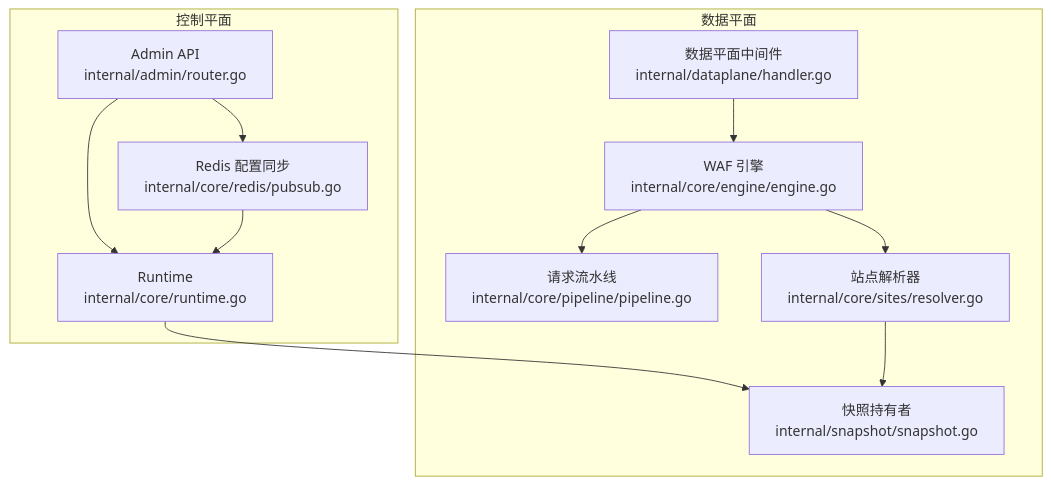
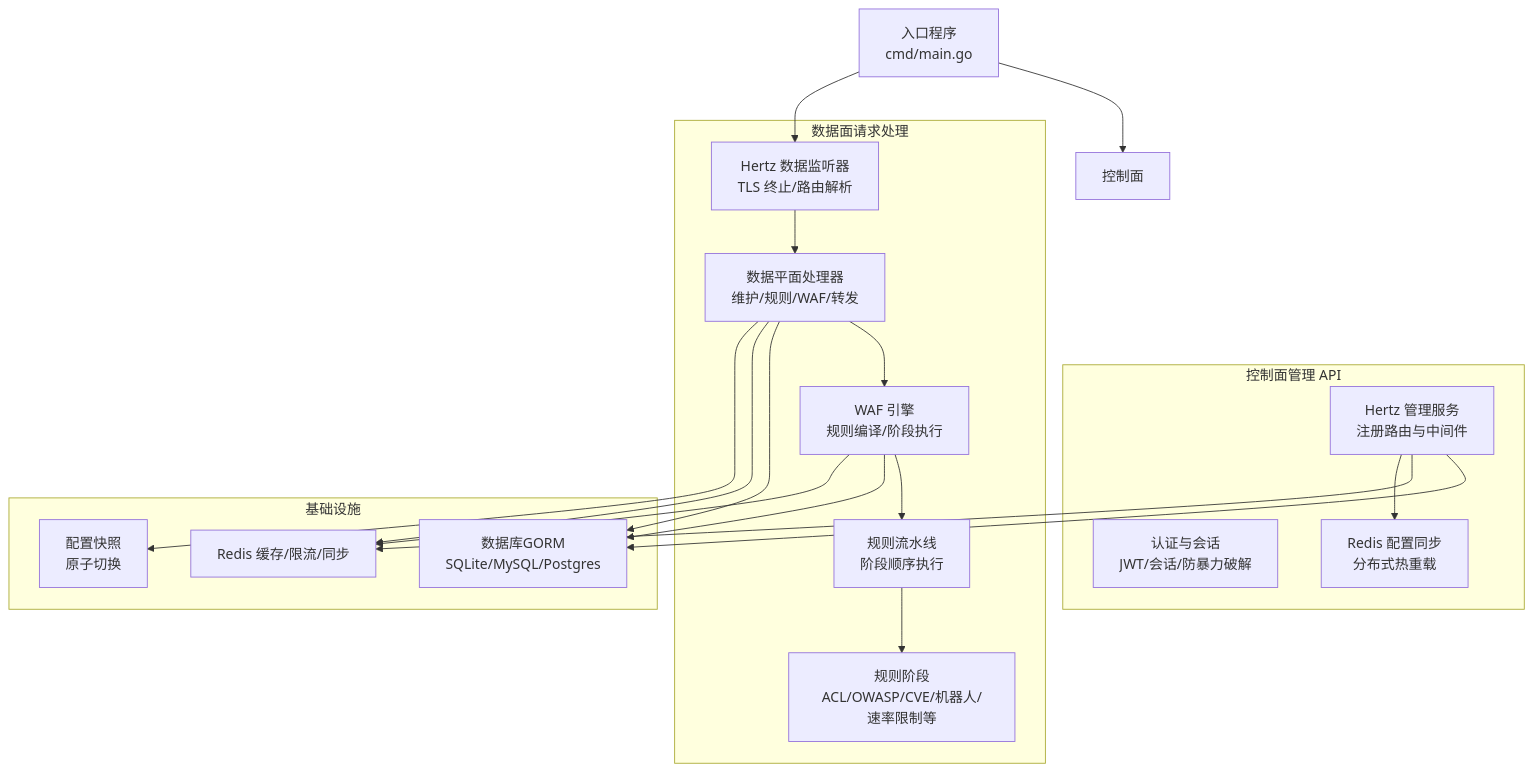
Before and after one commit to x01n/My-OpenWaf: the first of 5 diagrams in docs/项目概述/技术架构.md, drawn with Mermaid. The commit also changed other lines of this file and 199 other files, not shown here.

````diff
--- a/docs/项目概述/技术架构.md
+++ b/docs/项目概述/技术架构.md
@@ -125,23 +40,34 @@
 ```mermaid
 graph TB
-subgraph "控制平面"
-Admin["Admin API<br/>internal/admin/router.go"]
-CtrlRuntime["Runtime<br/>internal/core/runtime.go"]
-RedisPubSub["Redis 配置同步<br/>internal/core/redis/pubsub.go"]
+subgraph "控制面管理 API"
+Admin["Hertz 管理服务<br/>注册路由与中间件"]
+Auth["认证与会话<br/>JWT/会话/防暴力破解"]
+ConfigSync["Redis 配置同步<br/>分布式热重载"]
 end
-subgraph "数据平面"
-DPHandler["数据平面中间件<br/>internal/dataplane/handler.go"]
-Engine["WAF 引擎<br/>internal/core/engine/engine.go"]
-Pipeline["请求流水线<br/>internal/core/pipeline/pipeline.go"]
-Resolver["站点解析器<br/>internal/core/sites/resolver.go"]
-Snapshot["快照持有者<br/>internal/snapshot/snapshot.go"]
+subgraph "数据面请求处理"
+DataPlane["Hertz 数据监听器<br/>TLS 终止/路由解析"]
+Handler["数据平面处理器<br/>维护/规则/WAF/转发"]
+Engine["WAF 引擎<br/>规则编译/阶段执行"]
+Pipeline["规则流水线<br/>阶段顺序执行"]
+Phases["规则阶段<br/>ACL/OWASP/CVE/机器人/速率限制等"]
 end
-Admin --> CtrlRuntime
-CtrlRuntime --> Snapshot
-Admin --> RedisPubSub
-RedisPubSub --> CtrlRuntime
-DPHandler --> Engine
-Engine --> Resolver
-Resolver --> Snapshot
+subgraph "基础设施"
+DB["数据库GORM<br/>SQLite/MySQL/Postgres"]
+Redis["Redis 缓存/限流/同步"]
+Snapshot["配置快照<br/>原子切换"]
+end
+Entrypoint["入口程序<br/>cmd/main.go"] --> ControlPlane["控制面"]
+Entrypoint --> DataPlane
+Admin --> DB
+Admin --> Redis
+Admin --> ConfigSync
+DataPlane --> Handler
+Handler --> Engine
 Engine --> Pipeline
+Pipeline --> Phases
+Engine --> DB
+Engine --> Redis
+Handler --> DB
+Handler --> Redis
+Handler --> Snapshot
 ```
````
